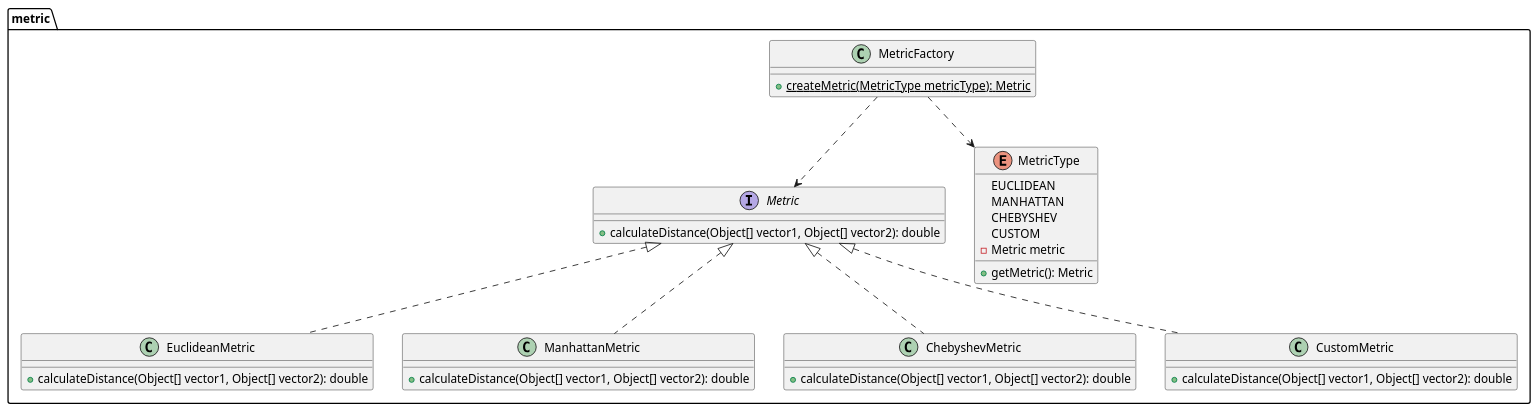
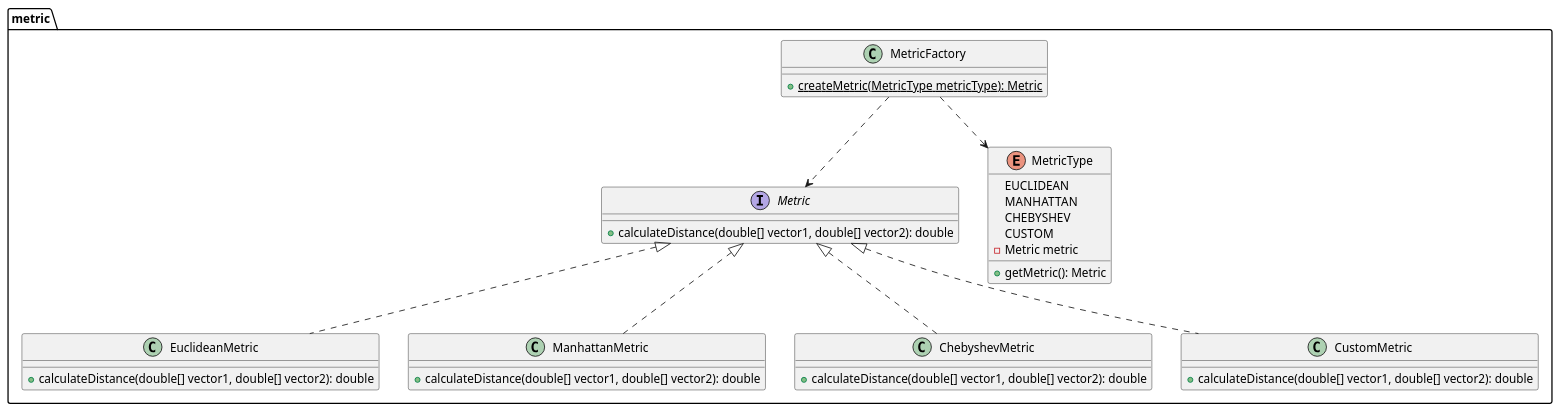
The fifth of 10 diagrams in README.md (kambed/Computer-Recognition-Systems), drawn with PlantUML before and after one commit. The commit also changed other lines of this file, not shown here.

````diff
--- a/README.md
+++ b/README.md
@@ -249,33 +254,33 @@
 ```plantuml
 package metric {
     interface Metric {
-        + calculateDistance(Object[] vector1, Object[] vector2): double
+        + calculateDistance(double[] vector1, double[] vector2): double
     }
     class EuclideanMetric implements Metric {
-        + calculateDistance(Object[] vector1, Object[] vector2): double
+        + calculateDistance(double[] vector1, double[] vector2): double
     }
     class ManhattanMetric implements Metric {
-        + calculateDistance(Object[] vector1, Object[] vector2): double
+        + calculateDistance(double[] vector1, double[] vector2): double
     }
     class ChebyshevMetric implements Metric {
-        + calculateDistance(Object[] vector1, Object[] vector2): double
+        + calculateDistance(double[] vector1, double[] vector2): double
     }
     class CustomMetric implements Metric {
-        + calculateDistance(Object[] vector1, Object[] vector2): double
+        + calculateDistance(double[] vector1, double[] vector2): double
     }
     
     class MetricFactory {
         + {static} createMetric(MetricType metricType): Metric
     }
     MetricFactory ..> Metric
     MetricFactory ..> MetricType
     enum MetricType {
         EUCLIDEAN
         MANHATTAN
         CHEBYSHEV
         CUSTOM
         - Metric metric
         + getMetric(): Metric
     }
 }
 ```
````
